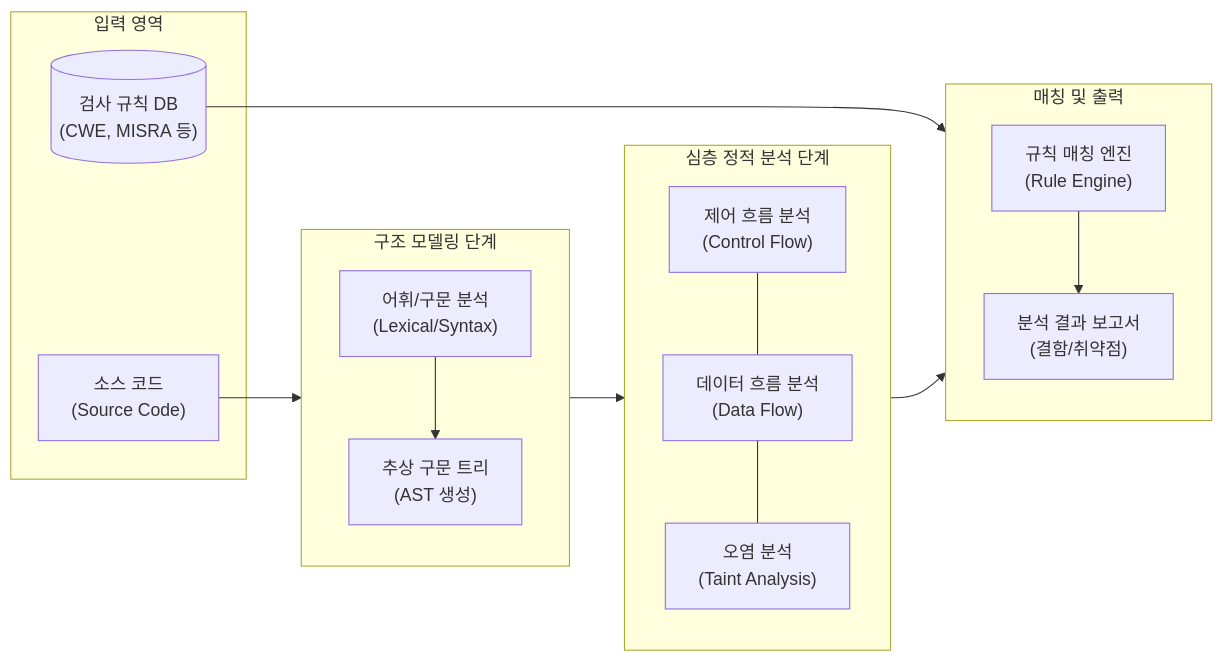
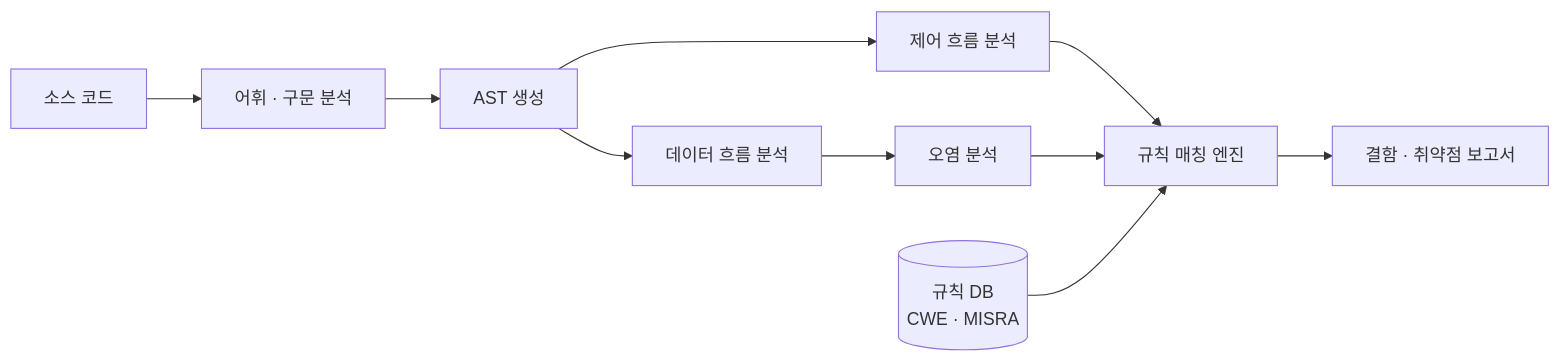
The diagram in content/01_IT Tech/정적 분석 도구.md (supremethumb/supremethumb.github.io), drawn with Mermaid before and after one commit. The commit also changed other lines of this file and 1087 other files, not shown here.

````diff
--- a/content/01_IT Tech/정적 분석 도구.md
+++ b/content/01_IT Tech/정적 분석 도구.md
@@ -23,31 +35,12 @@
 ```mermaid
 flowchart LR
-    subgraph Input ["입력 영역"]
-        Code["소스 코드<br/>(Source Code)"]
-        Rules[("검사 규칙 DB<br/>(CWE, MISRA 등)")]
-    end
-
-    subgraph Parsing ["구조 모델링 단계"]
-        direction TB
-        Lex["어휘/구문 분석<br/>(Lexical/Syntax)"] --> AST["추상 구문 트리<br/>(AST 생성)"]
-    end
-
-    subgraph Analysis ["심층 정적 분석 단계"]
-        direction TB
-        CFG["제어 흐름 분석<br/>(Control Flow)"]
-        DFA["데이터 흐름 분석<br/>(Data Flow)"]
-        Taint["오염 분석<br/>(Taint Analysis)"]
-        CFG --- DFA --- Taint
-    end
-
-    subgraph Engine ["매칭 및 출력"]
-        direction TB
-        RuleEngine["규칙 매칭 엔진<br/>(Rule Engine)"] --> Report["분석 결과 보고서<br/>(결함/취약점)"]
-    end
-
-    Code --> Lex
-    AST --> CFG
-    Analysis --> RuleEngine
-    Rules --> RuleEngine
-
+    SRC["소스 코드"] --> LEX["어휘 · 구문 분석"]
+    LEX --> AST["AST 생성"]
+    AST --> CF["제어 흐름 분석"]
+    AST --> DF["데이터 흐름 분석"]
+    DF --> TA["오염 분석"]
+    CF --> RE["규칙 매칭 엔진"]
+    TA --> RE
+    RULE[("규칙 DB<br/>CWE · MISRA")] --> RE
+    RE --> RPT["결함 · 취약점 보고서"]
 ```
````
